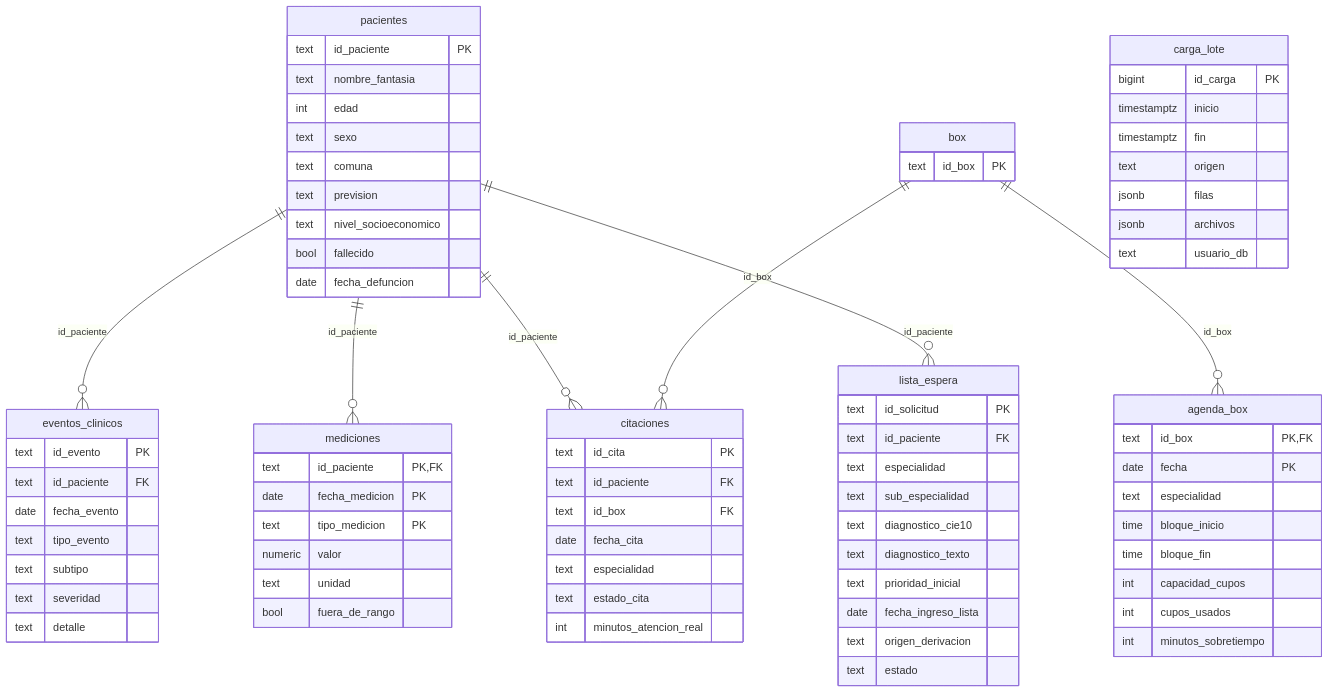
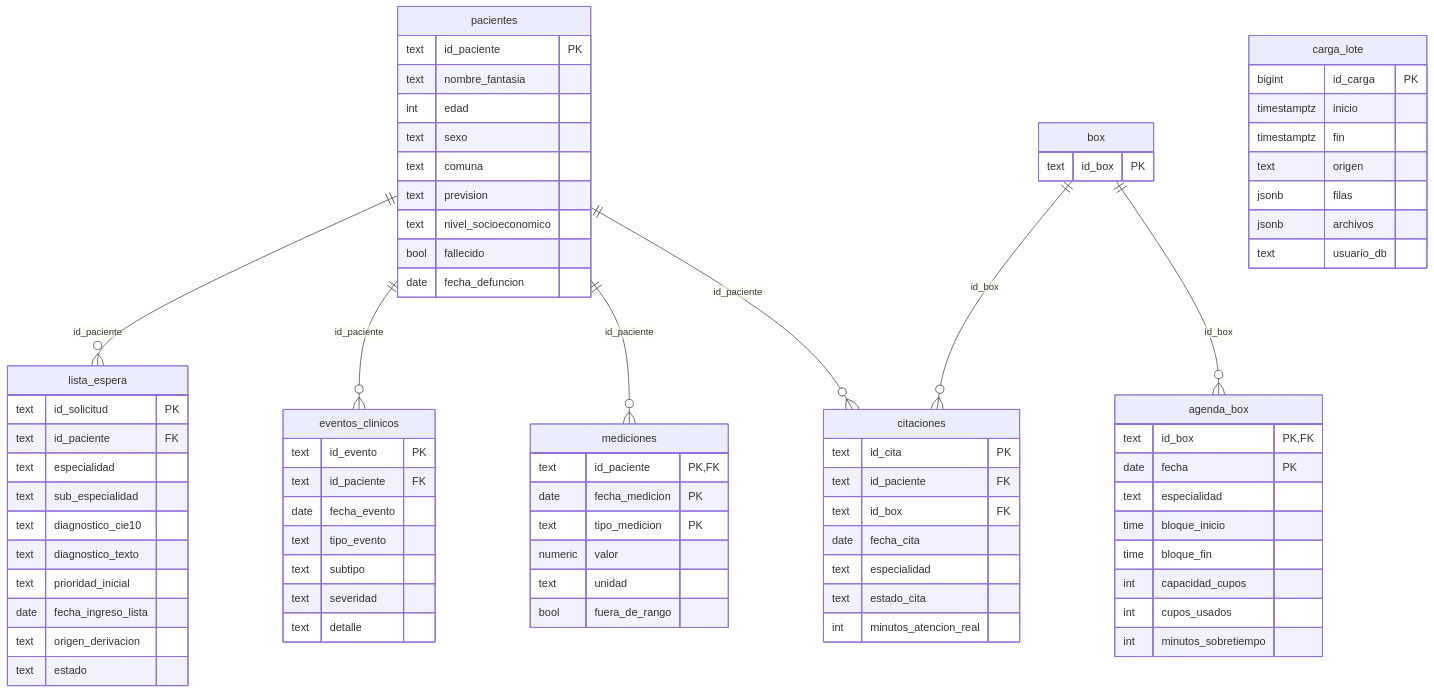
The second of 5 diagrams in docs/feature/F0002-modelo-datos-canales.md (patricioespinozaa/AWS-G12), drawn with Mermaid before and after one commit. The commit also changed other lines of this file and 19 other files, not shown here.

````diff
--- a/docs/feature/F0002-modelo-datos-canales.md
+++ b/docs/feature/F0002-modelo-datos-canales.md
@@ -95,80 +104,80 @@
 ```mermaid
 erDiagram
+    pacientes ||--o{ lista_espera : "id_paciente"
     pacientes ||--o{ eventos_clinicos : "id_paciente"
     pacientes ||--o{ mediciones : "id_paciente"
     box ||--o{ agenda_box : "id_box"
     pacientes ||--o{ citaciones : "id_paciente"
     box ||--o{ citaciones : "id_box"
-    pacientes ||--o{ lista_espera : "id_paciente"
     pacientes {
         text id_paciente PK
         text nombre_fantasia
         int edad
         text sexo
         text comuna
         text prevision
         text nivel_socioeconomico
         bool fallecido
         date fecha_defuncion
     }
     lista_espera {
         text id_solicitud PK
         text id_paciente FK
         text especialidad
         text sub_especialidad
         text diagnostico_cie10
         text diagnostico_texto
         text prioridad_inicial
         date fecha_ingreso_lista
         text origen_derivacion
         text estado
     }
     eventos_clinicos {
         text id_evento PK
         text id_paciente FK
         date fecha_evento
         text tipo_evento
         text subtipo
         text severidad
         text detalle
     }
     mediciones {
         text id_paciente PK, FK
         date fecha_medicion PK
         text tipo_medicion PK
         numeric valor
         text unidad
         bool fuera_de_rango
     }
     box {
         text id_box PK
     }
     agenda_box {
         text id_box PK, FK
         date fecha PK
         text especialidad
         time bloque_inicio
         time bloque_fin
         int capacidad_cupos
         int cupos_usados
         int minutos_sobretiempo
     }
     citaciones {
         text id_cita PK
         text id_paciente FK
         text id_box FK
         date fecha_cita
         text especialidad
         text estado_cita
         int minutos_atencion_real
     }
     carga_lote {
         bigint id_carga PK
         timestamptz inicio
         timestamptz fin
         text origen
         jsonb filas
         jsonb archivos
         text usuario_db
     }
 ```
````
